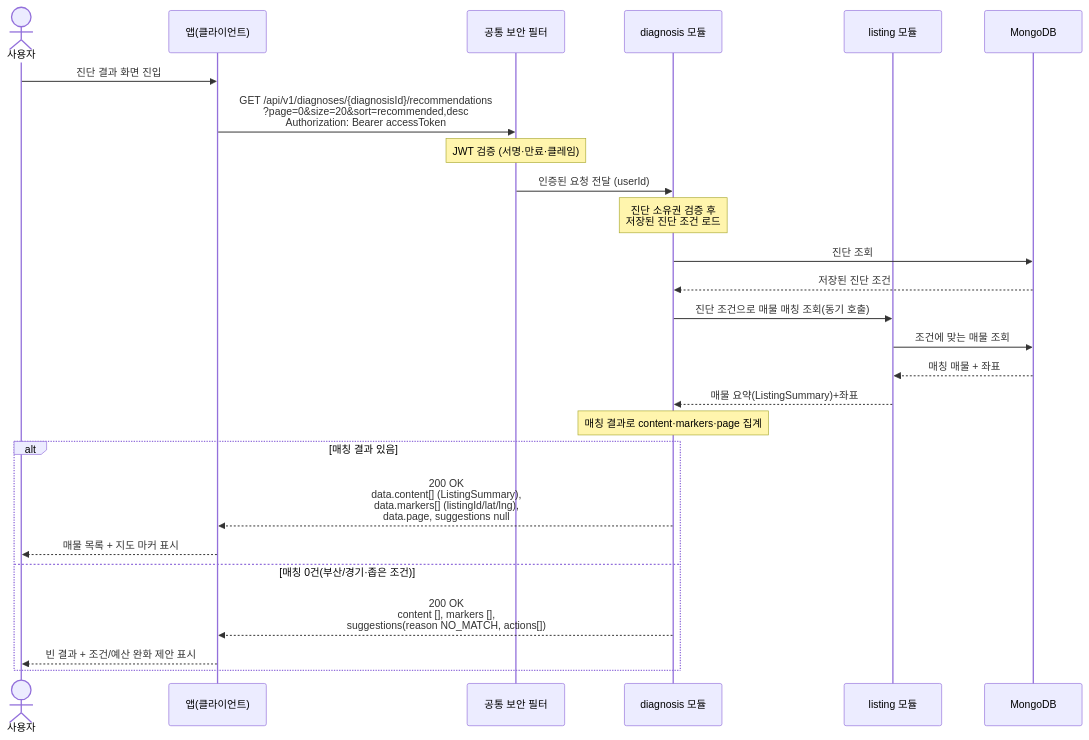
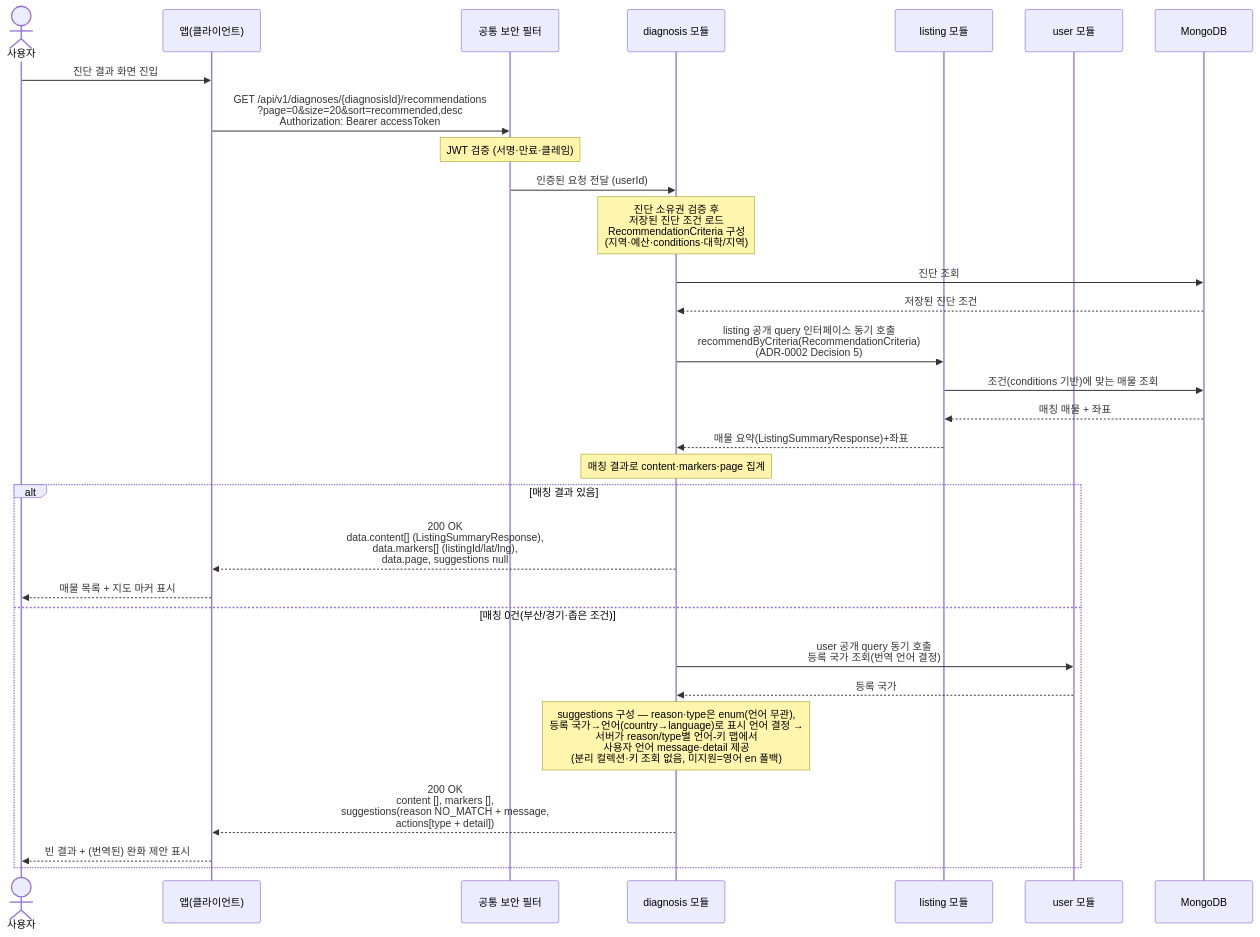
One commit to jameskim9509/Kohere-backend changed the diagram in docs/architecture/sequence-diagrams/02-diagnosis-recommendation/us-2-2-recommendations.md. Above: the diagram before and after it, drawn with Mermaid. The commit also changed other lines of this file and 20 other files, not shown here.

````diff
--- a/docs/architecture/sequence-diagrams/02-diagnosis-recommendation/us-2-2-recommendations.md
+++ b/docs/architecture/sequence-diagrams/02-diagnosis-recommendation/us-2-2-recommendations.md
@@ -5,29 +5,33 @@
 ```mermaid
 sequenceDiagram
     actor U as 사용자
     participant C as 앱(클라이언트)
     participant SEC as 공통 보안 필터
     participant DIAG as diagnosis 모듈
     participant LIST as listing 모듈
+    participant USER as user 모듈
     participant DB as MongoDB
 
     U->>C: 진단 결과 화면 진입
     C->>SEC: GET /api/v1/diagnoses/{diagnosisId}/recommendations<br/>?page=0&size=20&sort=recommended,desc<br/>Authorization: Bearer accessToken
     Note over SEC: JWT 검증 (서명·만료·클레임)
     SEC->>DIAG: 인증된 요청 전달 (userId)
-    Note over DIAG: 진단 소유권 검증 후<br/>저장된 진단 조건 로드
+    Note over DIAG: 진단 소유권 검증 후<br/>저장된 진단 조건 로드<br/>RecommendationCriteria 구성<br/>(지역·예산·conditions·대학/지역)
     DIAG->>DB: 진단 조회
     DB-->>DIAG: 저장된 진단 조건
-    DIAG->>LIST: 진단 조건으로 매물 매칭 조회(동기 호출)
-    LIST->>DB: 조건에 맞는 매물 조회
+    DIAG->>LIST: listing 공개 query 인터페이스 동기 호출<br/>recommendByCriteria(RecommendationCriteria)<br/>(ADR-0002 Decision 5)
+    LIST->>DB: 조건(conditions 기반)에 맞는 매물 조회
     DB-->>LIST: 매칭 매물 + 좌표
-    LIST-->>DIAG: 매물 요약(ListingSummary)+좌표
+    LIST-->>DIAG: 매물 요약(ListingSummaryResponse)+좌표
     Note over DIAG: 매칭 결과로 content·markers·page 집계
     alt 매칭 결과 있음
-        DIAG-->>C: 200 OK<br/>data.content[] (ListingSummary),<br/>data.markers[] (listingId/lat/lng),<br/>data.page, suggestions null
+        DIAG-->>C: 200 OK<br/>data.content[] (ListingSummaryResponse),<br/>data.markers[] (listingId/lat/lng),<br/>data.page, suggestions null
         C-->>U: 매물 목록 + 지도 마커 표시
     else 매칭 0건(부산/경기·좁은 조건)
-        DIAG-->>C: 200 OK<br/>content [], markers [],<br/>suggestions(reason NO_MATCH, actions[])
-        C-->>U: 빈 결과 + 조건/예산 완화 제안 표시
+        DIAG->>USER: user 공개 query 동기 호출<br/>등록 국가 조회(번역 언어 결정)
+        USER-->>DIAG: 등록 국가
+        Note over DIAG: suggestions 구성 — reason·type은 enum(언어 무관),<br/>등록 국가→언어(country→language)로 표시 언어 결정 →<br/>서버가 reason/type별 언어-키 맵에서<br/>사용자 언어 message·detail 제공<br/>(분리 컬렉션·키 조회 없음, 미지원=영어 en 폴백)
+        DIAG-->>C: 200 OK<br/>content [], markers [],<br/>suggestions(reason NO_MATCH + message,<br/>actions[type + detail])
+        C-->>U: 빈 결과 + (번역된) 완화 제안 표시
     end
 ```
````
